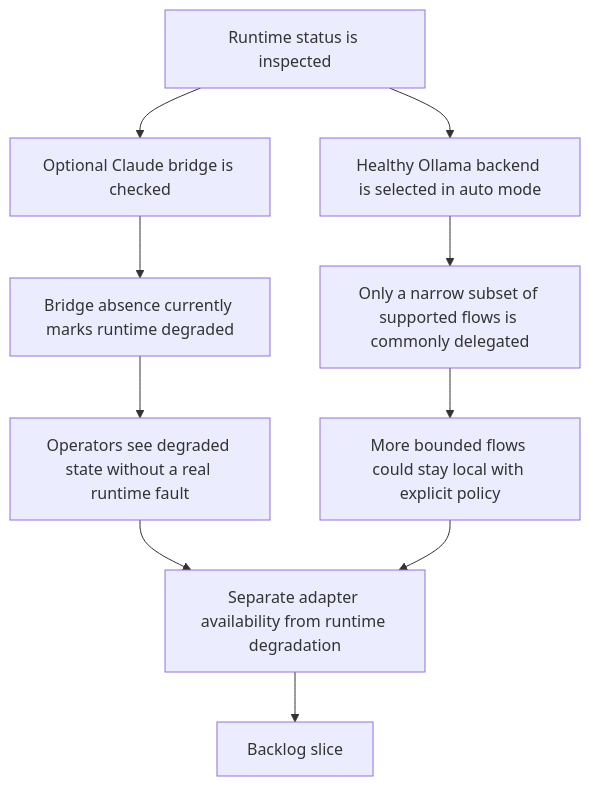
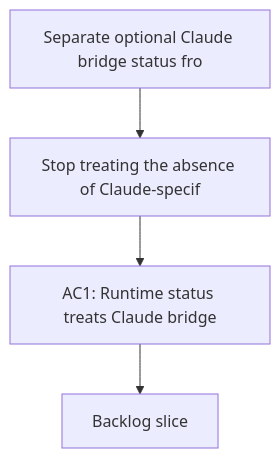
One commit to AlexAgo83/logics-manager changed the diagram in logics/request/req_103_separate_optional_claude_bridge_status_from_hybrid_runtime_degradation_and_expand_ollama_first_dispatch_across_supported_flows.md. Above: the diagram before and after it, drawn with Mermaid. The commit also changed 481 other files, not shown here.

````diff
--- a/logics/request/req_103_separate_optional_claude_bridge_status_from_hybrid_runtime_degradation_and_expand_ollama_first_dispatch_across_supported_flows.md
+++ b/logics/request/req_103_separate_optional_claude_bridge_status_from_hybrid_runtime_degradation_and_expand_ollama_first_dispatch_across_supported_flows.md
@@ -56,14 +56,8 @@
 ```mermaid
 %% logics-kind: request
 %% logics-signature: request|separate-optional-claude-bridge-status-f|stop-treating-the-absence-of-claude-spec|ac1-runtime-status-treats-claude-bridge
 flowchart TD
-    Status[Runtime status is inspected] --> Bridge[Optional Claude bridge is checked]
-    Bridge --> WrongState[Bridge absence currently marks runtime degraded]
-    WrongState --> Noise[Operators see degraded state without a real runtime fault]
-    Status --> Dispatch[Healthy Ollama backend is selected in auto mode]
-    Dispatch --> NarrowUsage[Only a narrow subset of supported flows is commonly delegated]
-    NarrowUsage --> Opportunity[More bounded flows could stay local with explicit policy]
-    Noise --> Fix[Separate adapter availability from runtime degradation]
-    Opportunity --> Fix
-    Fix --> Backlog[Backlog slice]
+    Trigger[Separate optional Claude bridge status fro] --> Need[Stop treating the absence of Claude-specif]
+    Need --> Outcome[AC1: Runtime status treats Claude bridge]
+    Outcome --> Backlog[Backlog slice]
 ```
````
